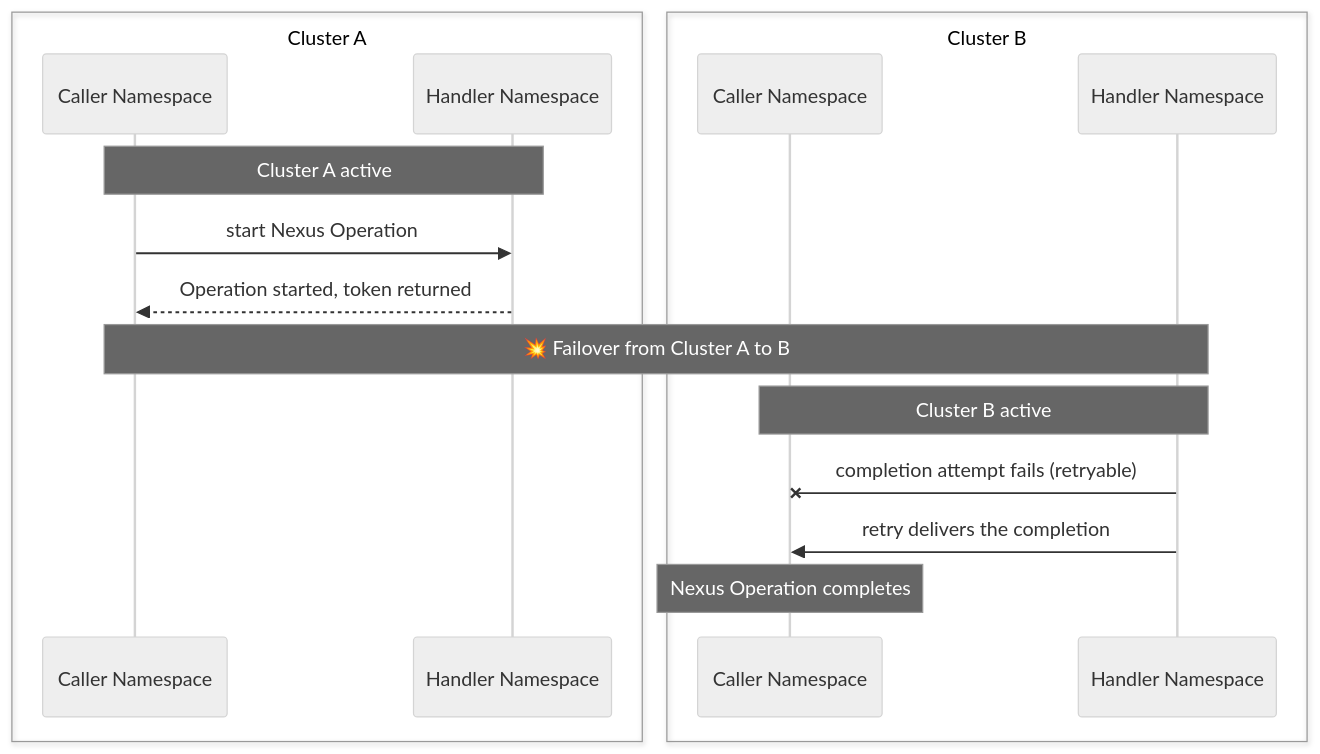
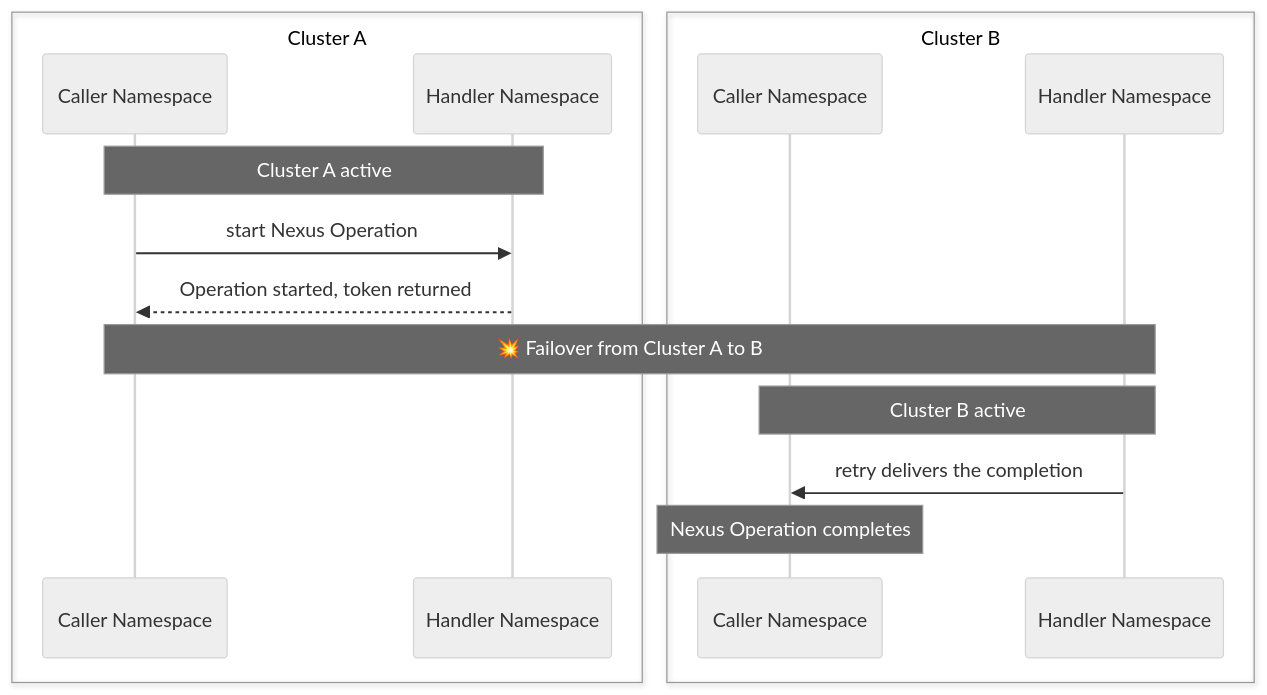
Before and after one commit to temporalio/documentation: the diagram in docs/production-deployment/self-hosted-guide/temporal-nexus.mdx, drawn with Mermaid (neutral theme).

````diff
--- a/docs/production-deployment/self-hosted-guide/temporal-nexus.mdx
+++ b/docs/production-deployment/self-hosted-guide/temporal-nexus.mdx
@@ -132,19 +132,18 @@
 ```mermaid
 sequenceDiagram
     box Cluster A
     participant caA as Caller Namespace
     participant haA as Handler Namespace
     end
     box Cluster B
     participant caB as Caller Namespace
     participant haB as Handler Namespace
     end
     Note over caA,haA: Cluster A active
     caA->>haA: start Nexus Operation
     haA-->>caA: Operation started, token returned
     Note over caA,haB: 💥 Failover from Cluster A to B
     Note over caB,haB: Cluster B active
-    haB-xcaB: completion attempt fails (retryable)
     haB->>caB: retry delivers the completion
     Note over caB: Nexus Operation completes
 ```
````
